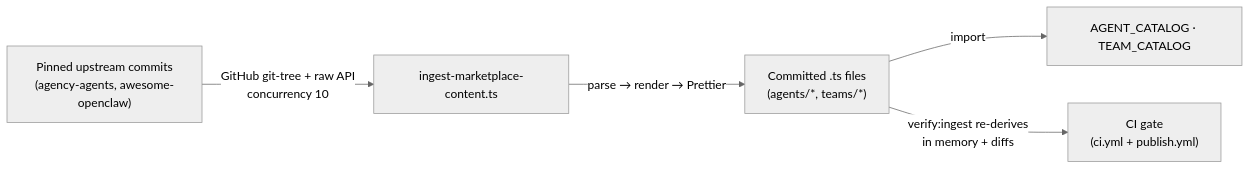
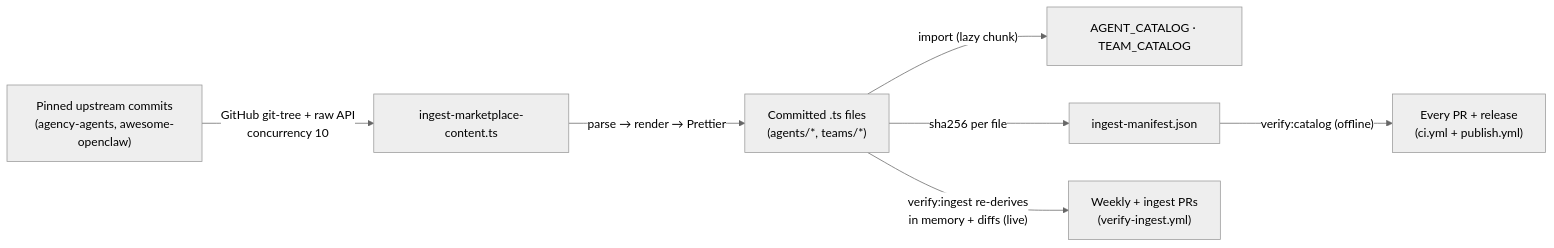
Before and after one commit to clawboo/clawboo: the diagram in docs/reference/marketplace-catalog.md, drawn with Mermaid (neutral theme). The commit also changed other lines of this file and 34 other files, not shown here.

Commit message:
chore(ci): gate the publish path offline and code-split the marketplace catalog

````diff
--- a/docs/reference/marketplace-catalog.md
+++ b/docs/reference/marketplace-catalog.md
@@ -229,7 +232,9 @@
 ```mermaid
 flowchart LR
   A["Pinned upstream commits<br/>(agency-agents, awesome-openclaw)"] -->|"GitHub git-tree + raw API<br/>concurrency 10"| B["ingest-marketplace-content.ts"]
   B -->|"parse → render → Prettier"| C["Committed .ts files<br/>(agents/*, teams/*)"]
-  C -->|"import"| D["AGENT_CATALOG · TEAM_CATALOG"]
-  C -->|"verify:ingest re-derives<br/>in memory + diffs"| E["CI gate<br/>(ci.yml + publish.yml)"]
+  C -->|"import (lazy chunk)"| D["AGENT_CATALOG · TEAM_CATALOG"]
+  C -->|"sha256 per file"| M["ingest-manifest.json"]
+  M -->|"verify:catalog (offline)"| E["Every PR + release<br/>(ci.yml + publish.yml)"]
+  C -->|"verify:ingest re-derives<br/>in memory + diffs (live)"| F["Weekly + ingest PRs<br/>(verify-ingest.yml)"]
 ```
````
